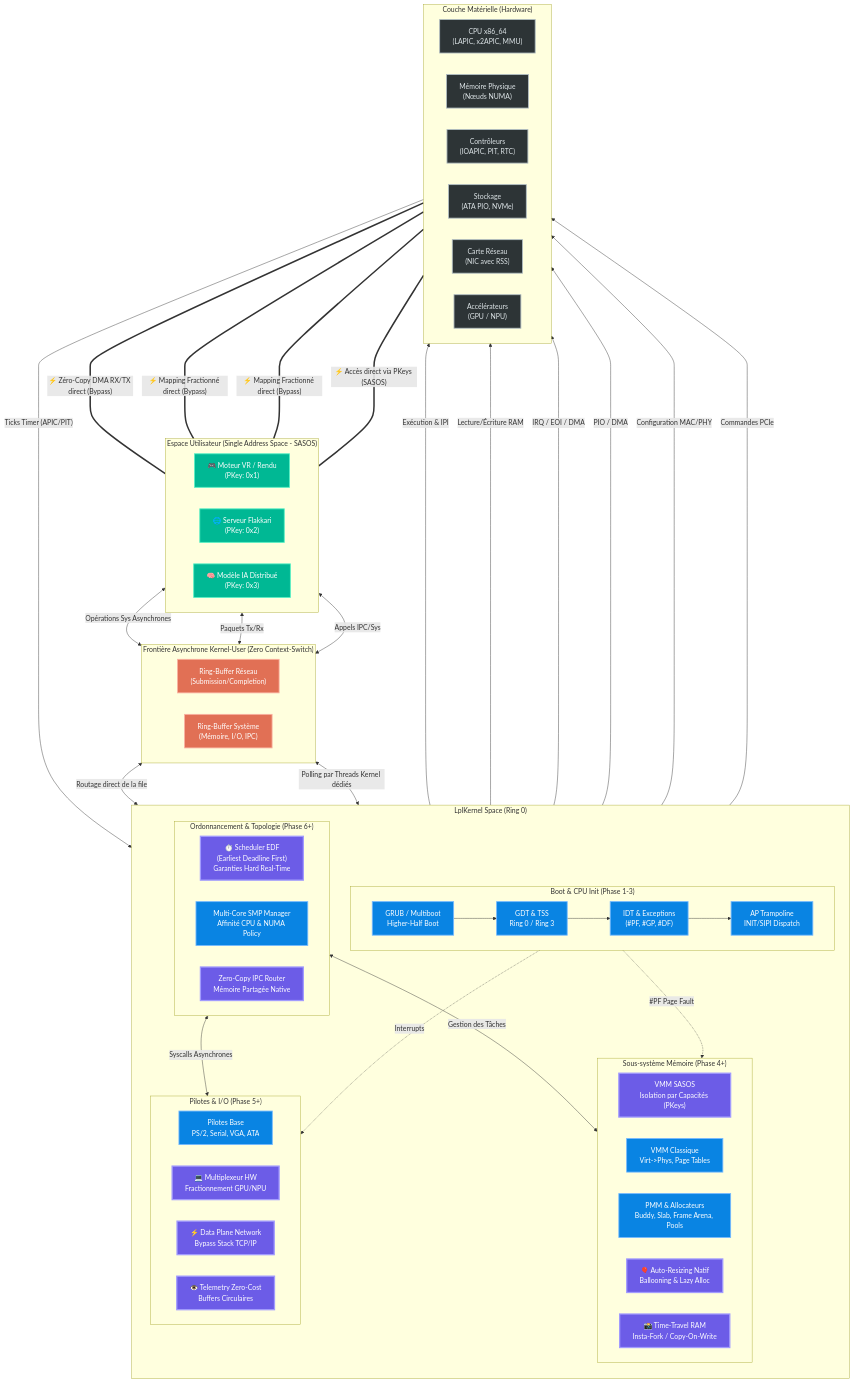
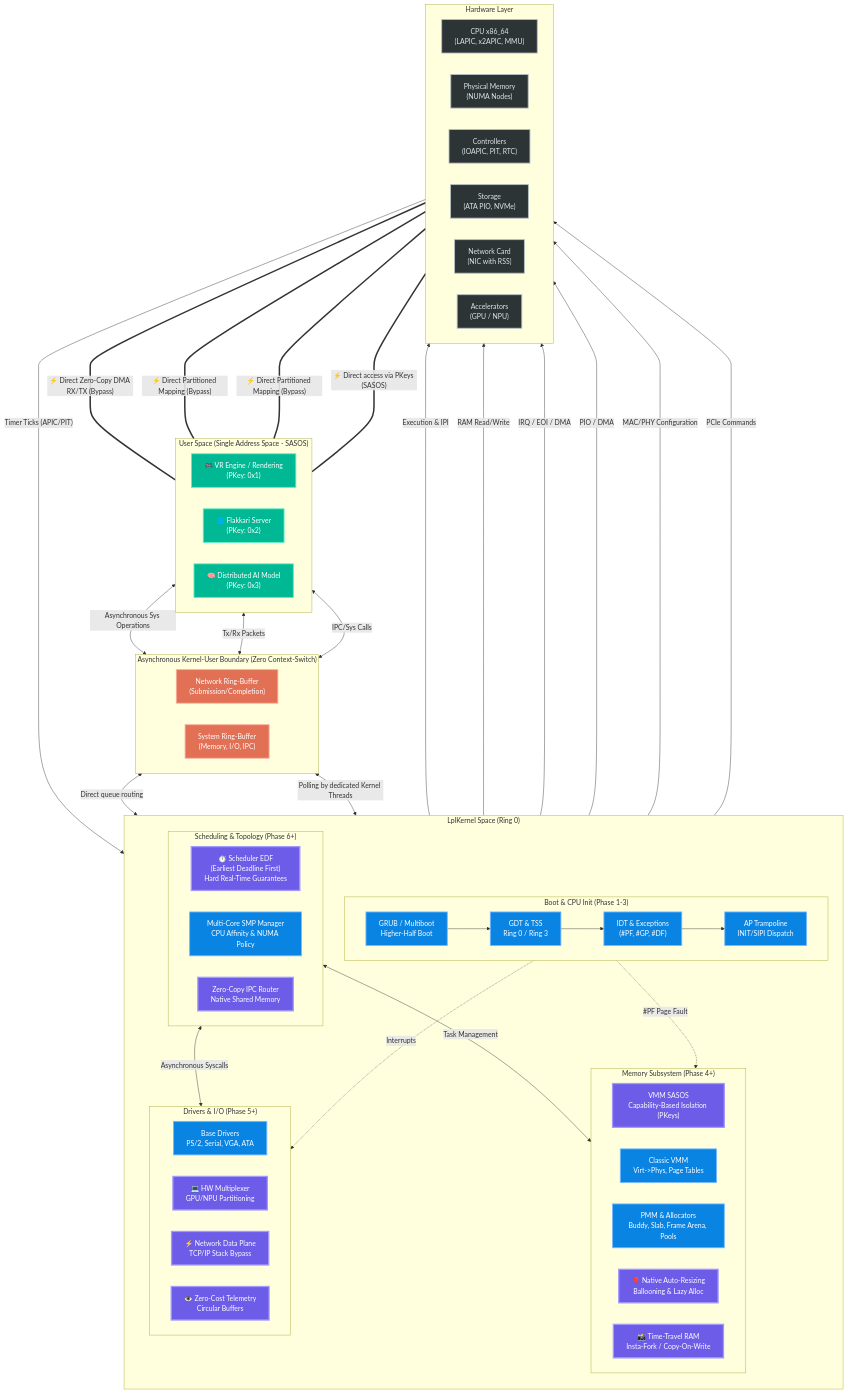
Before and after one commit to MasterLaplace/LplKernel: the fifth of 6 diagrams in docs/Books/LplKernel_Book.md, drawn with Mermaid. The commit also changed other lines of this file, not shown here.

Commit message:
docs: translate the technical content of LplKernel_Book mermaid into English and keep it up to date

````diff
--- a/docs/Books/LplKernel_Book.md
+++ b/docs/Books/LplKernel_Book.md
@@ -2490,18 +2490,18 @@
     classDef interface fill:#e17055,stroke:#fab1a0,stroke-width:2px,color:#fff;
 
     %% ================= USERSPACE =================
-    subgraph Userspace ["Espace Utilisateur (Single Address Space - SASOS)"]
+    subgraph Userspace ["User Space (Single Address Space - SASOS)"]
         direction LR
-        App1["🎮 Moteur VR / Rendu<br>(PKey: 0x1)"]:::userspace
-        App2["🌐 Serveur Flakkari<br>(PKey: 0x2)"]:::userspace
-        App3["🧠 Modèle IA Distribué<br>(PKey: 0x3)"]:::userspace
+        App1["🎮 VR Engine / Rendering<br>(PKey: 0x1)"]:::userspace
+        App2["🌐 Flakkari Server<br>(PKey: 0x2)"]:::userspace
+        App3["🧠 Distributed AI Model<br>(PKey: 0x3)"]:::userspace
     end
 
     %% ================= INTERFACE =================
-    subgraph Interface ["Frontière Asynchrone Kernel-User (Zero Context-Switch)"]
+    subgraph Interface ["Asynchronous Kernel-User Boundary (Zero Context-Switch)"]
         direction LR
-        RB_Net["Ring-Buffer Réseau<br>(Submission/Completion)"]:::interface
-        RB_Sys["Ring-Buffer Système<br>(Mémoire, I/O, IPC)"]:::interface
+        RB_Net["Network Ring-Buffer<br>(Submission/Completion)"]:::interface
+        RB_Sys["System Ring-Buffer<br>(Memory, I/O, IPC)"]:::interface
     end
 
     %% ================= KERNEL SPACE =================
@@ -2516,73 +2516,73 @@
             SMPInit["AP Trampoline<br>INIT/SIPI Dispatch"]:::kernel_core
         end
 
-        subgraph Sched ["Ordonnancement & Topologie (Phase 6+)"]
+        subgraph Sched ["Scheduling & Topology (Phase 6+)"]
             direction LR
-            EDF["⏱️ Scheduler EDF<br>(Earliest Deadline First)<br>Garanties Hard Real-Time"]:::innovation
-            SMP["Multi-Core SMP Manager<br>Affinité CPU & NUMA Policy"]:::kernel_core
-            IPC["Zero-Copy IPC Router<br>Mémoire Partagée Native"]:::innovation
+            EDF["⏱️ Scheduler EDF<br>(Earliest Deadline First)<br>Hard Real-Time Guarantees"]:::innovation
+            SMP["Multi-Core SMP Manager<br>CPU Affinity & NUMA Policy"]:::kernel_core
+            IPC["Zero-Copy IPC Router<br>Native Shared Memory"]:::innovation
         end
 
-        subgraph Mem ["Sous-système Mémoire (Phase 4+)"]
+        subgraph Mem ["Memory Subsystem (Phase 4+)"]
             direction LR
-            SASOS["VMM SASOS<br>Isolation par Capacités (PKeys)"]:::innovation
-            VMM["VMM Classique<br>Virt->Phys, Page Tables"]:::kernel_core
-            PMM["PMM & Allocateurs<br>Buddy, Slab, Frame Arena, Pools"]:::kernel_core
-            AutoResize["🎈 Auto-Resizing Natif<br>Ballooning & Lazy Alloc"]:::innovation
+            SASOS["VMM SASOS<br>Capability-Based Isolation (PKeys)"]:::innovation
+            VMM["Classic VMM<br>Virt->Phys, Page Tables"]:::kernel_core
+            PMM["PMM & Allocators<br>Buddy, Slab, Frame Arena, Pools"]:::kernel_core
+            AutoResize["🎈 Native Auto-Resizing<br>Ballooning & Lazy Alloc"]:::innovation
             Snapshot["📸 Time-Travel RAM<br>Insta-Fork / Copy-On-Write"]:::innovation
         end
 
-        subgraph Drivers ["Pilotes & I/O (Phase 5+)"]
+        subgraph Drivers ["Drivers & I/O (Phase 5+)"]
             direction LR
-            StandardDrv["Pilotes Base<br>PS/2, Serial, VGA, ATA"]:::kernel_core
-            GPUMux["💻 Multiplexeur HW<br>Fractionnement GPU/NPU"]:::innovation
-            NetBypass["⚡ Data Plane Network<br>Bypass Stack TCP/IP"]:::innovation
-            Observability["👁️ Telemetry Zero-Cost<br>Buffers Circulaires"]:::innovation
+            StandardDrv["Base Drivers<br>PS/2, Serial, VGA, ATA"]:::kernel_core
+            GPUMux["💻 HW Multiplexer<br>GPU/NPU Partitioning"]:::innovation
+            NetBypass["⚡ Network Data Plane<br>TCP/IP Stack Bypass"]:::innovation
+            Observability["👁️ Zero-Cost Telemetry<br>Circular Buffers"]:::innovation
         end
 
         %% Internal Kernel Routing
         Boot --> Protect --> Intr --> SMPInit
         Intr -.->|#PF Page Fault| Mem
         Intr -.->|Interrupts| Drivers
-        Sched <-->|Gestion des Tâches| Mem
-        Sched <-->|Syscalls Asynchrones| Drivers
+        Sched <-->|Task Management| Mem
+        Sched <-->|Asynchronous Syscalls| Drivers
     end
 
     %% ================= HARDWARE =================
-    subgraph Hardware ["Couche Matérielle (Hardware)"]
+    subgraph Hardware ["Hardware Layer"]
         direction LR
         CPU["CPU x86_64<br>(LAPIC, x2APIC, MMU)"]:::hardware
-        RAM["Mémoire Physique<br>(Nœuds NUMA)"]:::hardware
-        IO_Ctrls["Contrôleurs<br>(IOAPIC, PIT, RTC)"]:::hardware
-        Storage["Stockage<br>(ATA PIO, NVMe)"]:::hardware
-        NIC["Carte Réseau<br>(NIC avec RSS)"]:::hardware
-        GPU["Accélérateurs<br>(GPU / NPU)"]:::hardware
+        RAM["Physical Memory<br>(NUMA Nodes)"]:::hardware
+        IO_Ctrls["Controllers<br>(IOAPIC, PIT, RTC)"]:::hardware
+        Storage["Storage<br>(ATA PIO, NVMe)"]:::hardware
+        NIC["Network Card<br>(NIC with RSS)"]:::hardware
+        GPU["Accelerators<br>(GPU / NPU)"]:::hardware
     end
 
     %% ================= EXTERNAL CONNECTIONS =================
 
     %% Userspace <--> Interface
-    App1 <-->|Opérations Sys Asynchrones| RB_Sys
-    App2 <-->|Paquets Tx/Rx| RB_Net
-    App3 <-->|Appels IPC/Sys| RB_Sys
+    App1 <-->|Asynchronous Sys Operations| RB_Sys
+    App2 <-->|Tx/Rx Packets| RB_Net
+    App3 <-->|IPC/Sys Calls| RB_Sys
 
     %% Interface <--> Kernel
-    RB_Sys <-->|Polling par Threads Kernel dédiés| Sched
-    RB_Net <-->|Routage direct de la file| NetBypass
+    RB_Sys <-->|Polling by dedicated Kernel Threads| Sched
+    RB_Net <-->|Direct queue routing| NetBypass
 
     %% Kernel <--> Hardware
-    SMP -->|Exécution & IPI| CPU
-    PMM -->|Lecture/Écriture RAM| RAM
+    SMP -->|Execution & IPI| CPU
+    PMM -->|RAM Read/Write| RAM
     StandardDrv -->|IRQ / EOI / DMA| IO_Ctrls
     StandardDrv -->|PIO / DMA| Storage
-    NetBypass -->|Configuration MAC/PHY| NIC
-    GPUMux -->|Commandes PCIe| GPU
-    IO_Ctrls -->|"Ticks Timer (APIC/PIT)"| EDF
+    NetBypass -->|MAC/PHY Configuration| NIC
+    GPUMux -->|PCIe Commands| GPU
+    IO_Ctrls -->|"Timer Ticks (APIC/PIT)"| EDF
 
     %% ================= THE MAGIC: HARDWARE BYPASS =================
     %% These links represent the Zero-Copy / Direct Access Bypass innovations
-    NIC =====|"⚡ Zéro-Copy DMA RX/TX direct (Bypass)"| App2
-    GPU =====|"⚡ Mapping Fractionné direct (Bypass)"| App1
-    GPU =====|"⚡ Mapping Fractionné direct (Bypass)"| App3
-    RAM =====|"⚡ Accès direct via PKeys (SASOS)"| Userspace
+    NIC =====|"⚡ Direct Zero-Copy DMA RX/TX (Bypass)"| App2
+    GPU =====|"⚡ Direct Partitioned Mapping (Bypass)"| App1
+    GPU =====|"⚡ Direct Partitioned Mapping (Bypass)"| App3
+    RAM =====|"⚡ Direct access via PKeys (SASOS)"| Userspace
 ```
````
